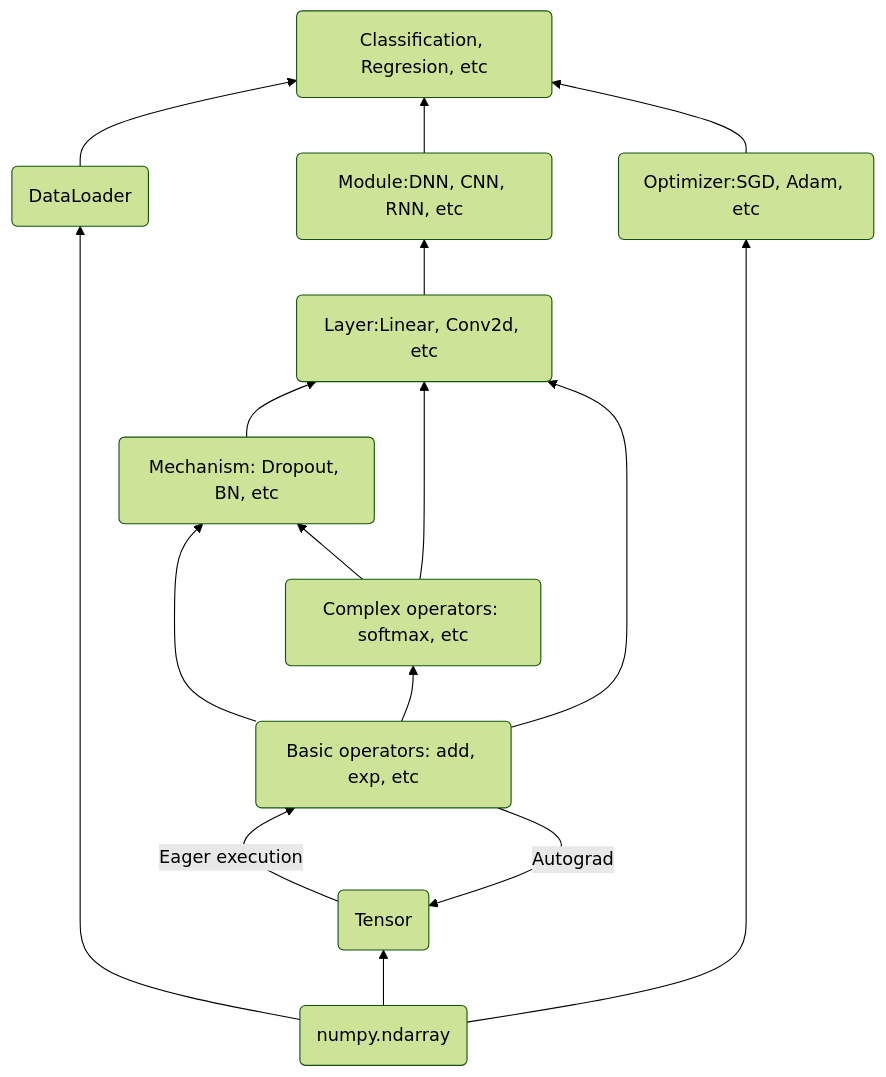
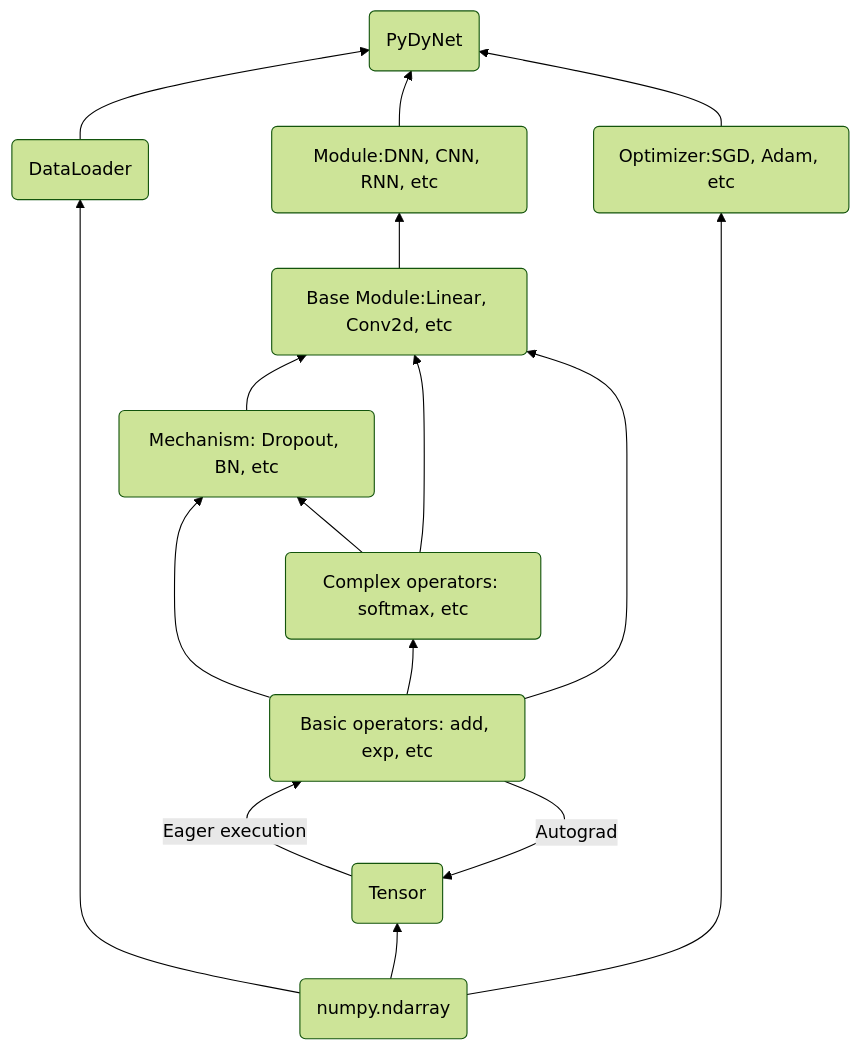
One commit to Kaslanarian/PyDyNet changed the diagram in README.md. Above: the diagram before and after it, drawn with Mermaid (forest theme). The commit also changed other lines of this file and 8 other files, not shown here.

````diff
--- a/README.md
+++ b/README.md
@@ -9,18 +9,18 @@
 ```mermaid
 graph BT
 	N ----> Data(DataLoader)
 	N(numpy.ndarray) --> A(Tensor)
 	A --Eager execution--> B(Basic operators: add, exp, etc)
 	B --> E(Mechanism: Dropout, BN, etc)
 	E --> D
 	B --> C(Complex operators: softmax, etc)
 	C --> E
-	B --> D(Layer:Linear, Conv2d, etc)
+	B --> D(Base Module:Linear, Conv2d, etc)
 	C --> D
 	B --Autograd--> A
 	N ----> GD(Optimizer:SGD, Adam, etc)
 	D --> M(Module:DNN, CNN, RNN, etc)
-	M --> Mission(Classification, Regresion, etc)
+	M --> Mission(PyDyNet)
 	Data --> Mission
 	GD --> Mission
 ```
````
